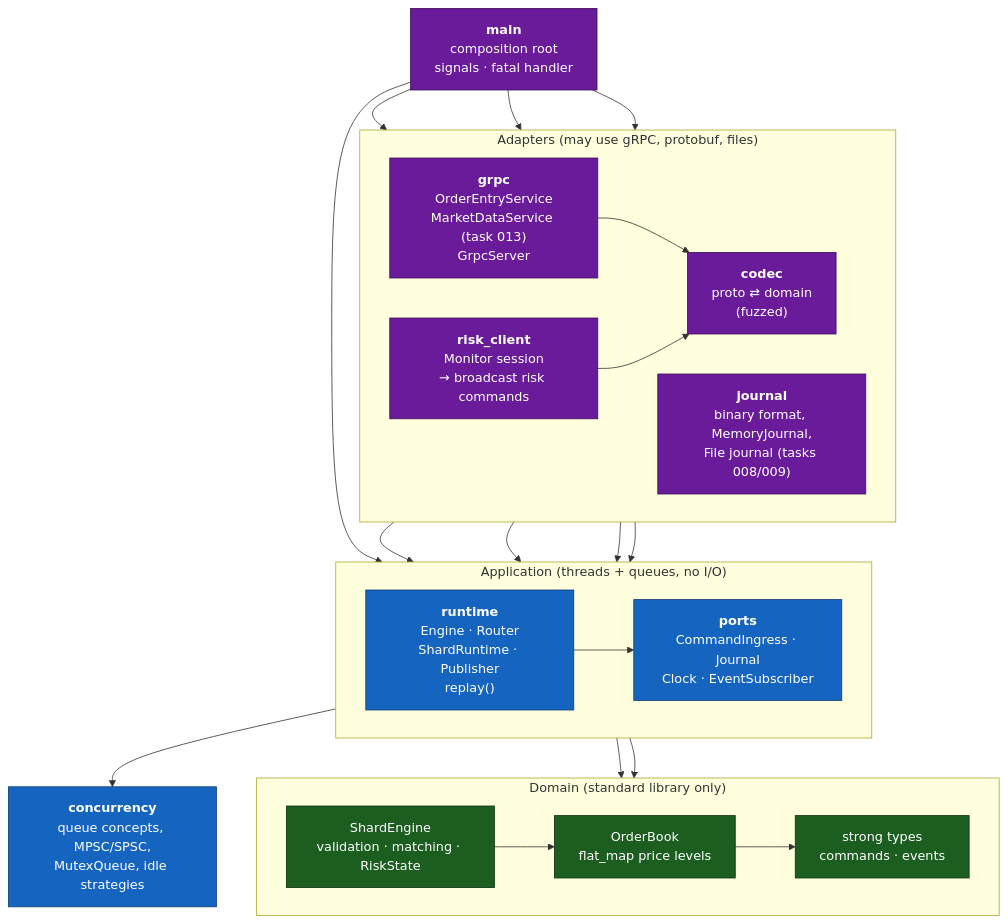
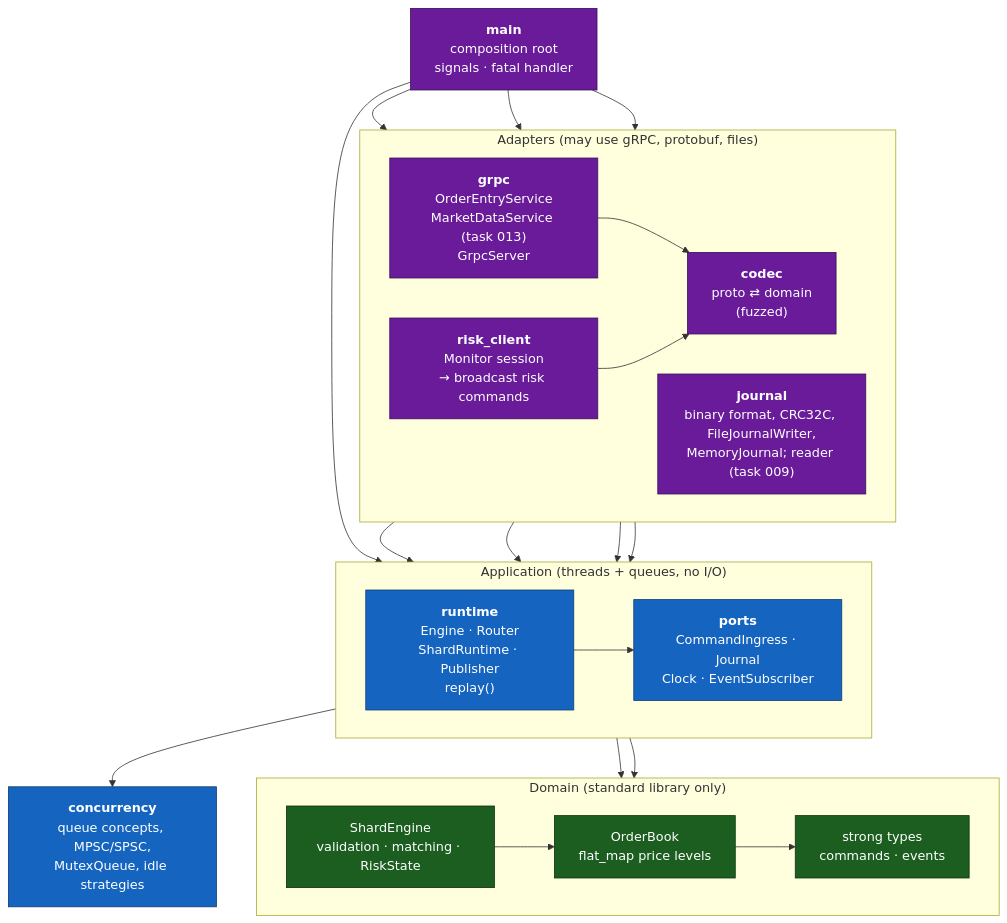
The second of 2 diagrams in docs/architecture/c4-container.md (Tomek52/lockstep-exchange), drawn with Mermaid before and after one commit. The commit also changed 2 other files, not shown here.

Commit message:
docs: mark task 008 done in ROADMAP, README and C4 container view
Task: 008

````diff
--- a/docs/architecture/c4-container.md
+++ b/docs/architecture/c4-container.md
@@ -45,46 +45,46 @@
 ```mermaid
 flowchart TB
     subgraph adapters["Adapters  (may use gRPC, protobuf, files)"]
         direction LR
         grpc["<b>grpc</b><br/>OrderEntryService<br/>MarketDataService (task 013)<br/>GrpcServer"]
         risk["<b>risk_client</b><br/>Monitor session<br/>→ broadcast risk commands"]
         codec["<b>codec</b><br/>proto ⇄ domain<br/>(fuzzed)"]
-        jrnl["<b>journal</b><br/>binary format, MemoryJournal,<br/>File journal (tasks 008/009)"]
+        jrnl["<b>journal</b><br/>binary format, CRC32C, FileJournalWriter,<br/>MemoryJournal; reader (task 009)"]
     end
 
     subgraph app["Application  (threads + queues, no I/O)"]
         direction LR
         ports["<b>ports</b><br/>CommandIngress · Journal<br/>Clock · EventSubscriber"]
         runtime["<b>runtime</b><br/>Engine · Router<br/>ShardRuntime · Publisher<br/>replay()"]
     end
 
     conc["<b>concurrency</b><br/>queue concepts, MPSC/SPSC,<br/>MutexQueue, idle strategies"]
 
     subgraph domain["Domain  (standard library only)"]
         direction LR
         types["strong types<br/>commands · events"]
         book["OrderBook<br/>flat_map price levels"]
         engine["ShardEngine<br/>validation · matching · RiskState"]
     end
 
     main["<b>main</b><br/>composition root<br/>signals · fatal handler"]
 
     main --> grpc & risk & jrnl & runtime
     grpc --> codec --> ports
     risk --> codec
     grpc --> ports
     risk --> ports
     jrnl --> ports
     runtime --> ports
     runtime --> conc
     runtime --> engine
     ports --> types
     engine --> book --> types
 
     classDef dom fill:#1b5e20,color:#fff,stroke:#0d3311
     classDef ap fill:#1565c0,color:#fff,stroke:#0d3d73
     classDef ad fill:#6a1b9a,color:#fff,stroke:#3d0f59
     class types,book,engine dom
     class ports,runtime,conc ap
     class grpc,risk,codec,jrnl,main ad
 ```
````
